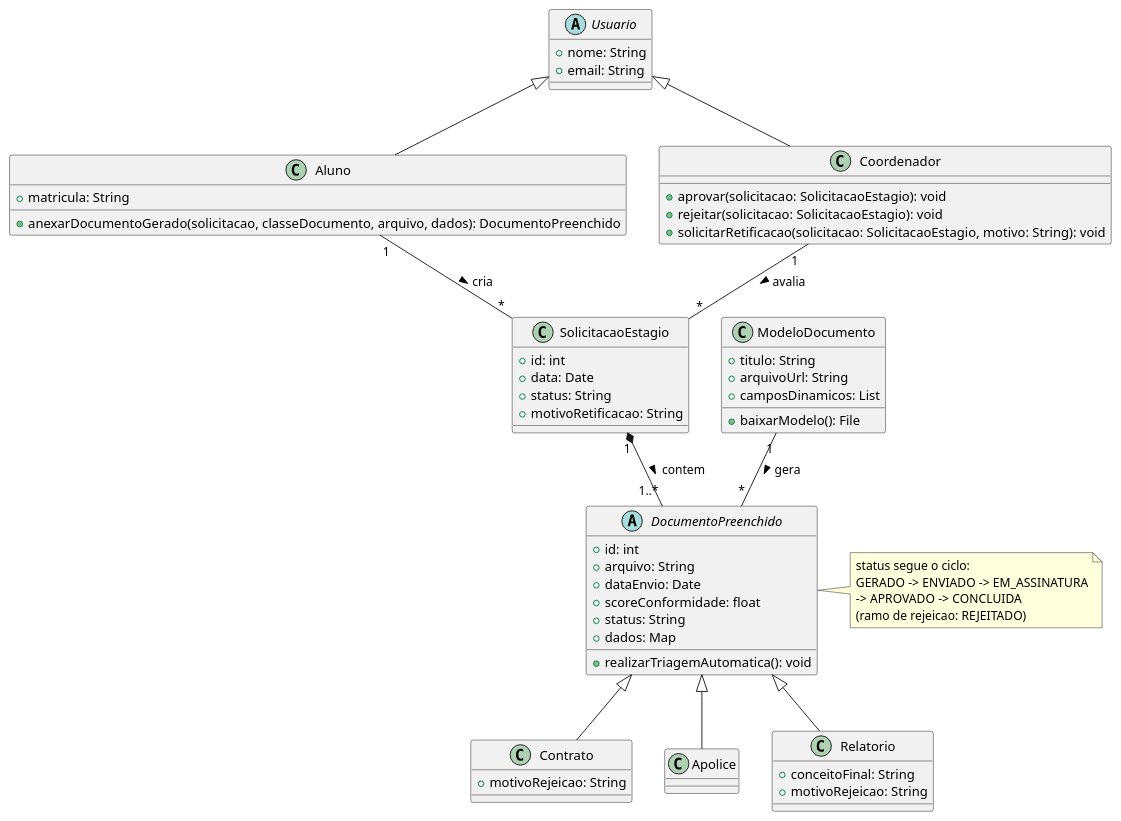
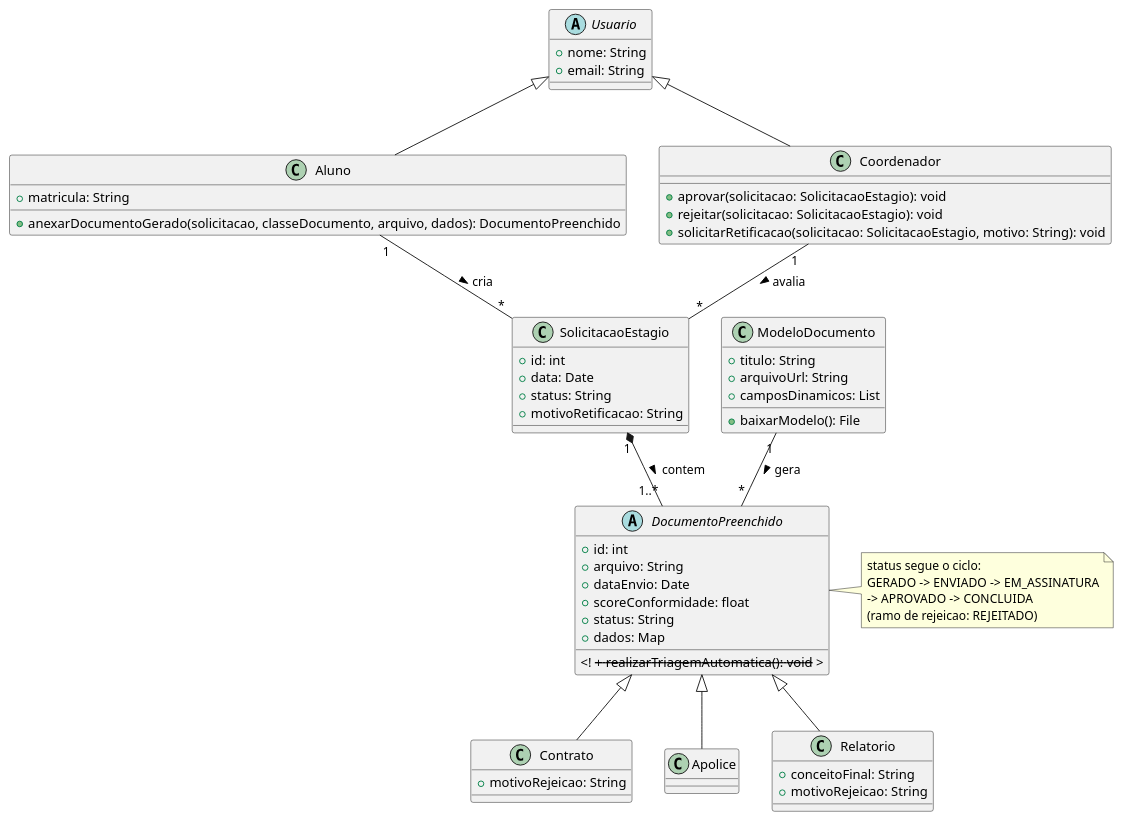
The diagram in mkdocs/Elaboracao/diagrama_de_classes.md (mgff01/back-end_vercel), drawn with PlantUML before and after one commit. The commit also changed 1 other file, not shown here.

Commit message:
Desconsiderando a triagem automática dos documentos

````diff
--- a/mkdocs/Elaboracao/diagrama_de_classes.md
+++ b/mkdocs/Elaboracao/diagrama_de_classes.md
@@ -18,68 +18,68 @@
 ```plantuml
 @startuml
 
 abstract class Usuario {
 	+ nome: String
 	+ email: String
 }
 
 class Aluno extends Usuario {
 	+ matricula: String
 	+ anexarDocumentoGerado(solicitacao, classeDocumento, arquivo, dados): DocumentoPreenchido
 }
 
 class Coordenador extends Usuario {
 	+ aprovar(solicitacao: SolicitacaoEstagio): void
 	+ rejeitar(solicitacao: SolicitacaoEstagio): void
 	+ solicitarRetificacao(solicitacao: SolicitacaoEstagio, motivo: String): void
 }
 
 class SolicitacaoEstagio {
 	+ id: int
 	+ data: Date
 	+ status: String
 	+ motivoRetificacao: String
 }
 
 abstract class DocumentoPreenchido {
 	+ id: int
 	+ arquivo: String
 	+ dataEnvio: Date
 	+ scoreConformidade: float
 	+ status: String
 	+ dados: Map
-	+ realizarTriagemAutomatica(): void
+	<!-- + realizarTriagemAutomatica(): void -->
 }
 
 class Contrato extends DocumentoPreenchido {
 	+ motivoRejeicao: String
 }
 
 class Apolice extends DocumentoPreenchido {}
 
 class Relatorio extends DocumentoPreenchido {
 	+ conceitoFinal: String
 	+ motivoRejeicao: String
 }
 
 class ModeloDocumento {
 	+ titulo: String
 	+ arquivoUrl: String
 	+ camposDinamicos: List
 	+ baixarModelo(): File
 }
 
 note right of DocumentoPreenchido
   status segue o ciclo:
   GERADO -> ENVIADO -> EM_ASSINATURA
   -> APROVADO -> CONCLUIDA
   (ramo de rejeicao: REJEITADO)
 end note
 
 Aluno "1" -- "*" SolicitacaoEstagio : cria >
 Coordenador "1" -- "*" SolicitacaoEstagio : avalia >
 SolicitacaoEstagio "1" *-- "1..*" DocumentoPreenchido : contem >
 ModeloDocumento "1" -- "*" DocumentoPreenchido : gera >
 
 @enduml
 ```
````
